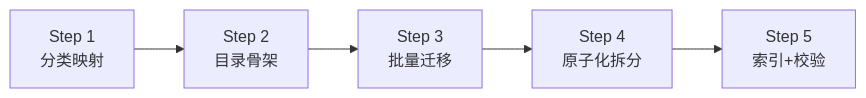
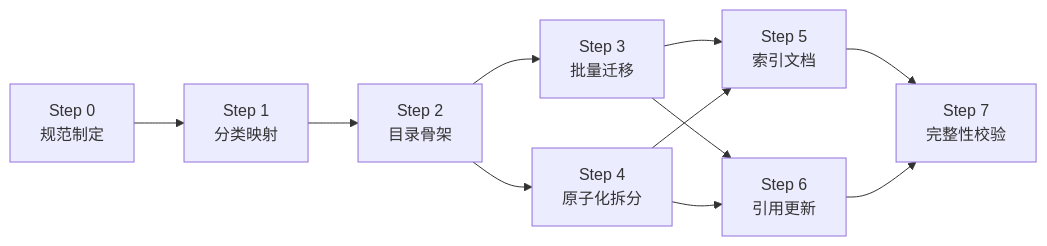
Before and after one commit to xinetzone/tao: the fourth of 9 diagrams in apps/chaos/.agents/docs/superpowers/retrospectives/task-summaries/documentation/task-summary-retrospectives-modularization-20260623.md, drawn with Mermaid. The commit also changed other lines of this file and 2 other files, not shown here.

````diff
--- a/apps/chaos/.agents/docs/superpowers/retrospectives/task-summaries/documentation/task-summary-retrospectives-modularization-20260623.md
+++ b/apps/chaos/.agents/docs/superpowers/retrospectives/task-summaries/documentation/task-summary-retrospectives-modularization-20260623.md
@@ -431,7 +507,13 @@
 ```mermaid
 flowchart LR
-    S1["Step 1<br/>分类映射"] --> S2["Step 2<br/>目录骨架"]
+    S0["Step 0<br/>规范制定"] --> S1["Step 1<br/>分类映射"]
+    S1 --> S2["Step 2<br/>目录骨架"]
     S2 --> S3["Step 3<br/>批量迁移"]
-    S3 --> S4["Step 4<br/>原子化拆分"]
-    S4 --> S5["Step 5<br/>索引+校验"]
+    S2 --> S4["Step 4<br/>原子化拆分"]
+    S3 --> S5["Step 5<br/>索引文档"]
+    S4 --> S5
+    S3 --> S6["Step 6<br/>引用更新"]
+    S4 --> S6
+    S5 --> S7["Step 7<br/>完整性校验"]
+    S6 --> S7
 ```
````
